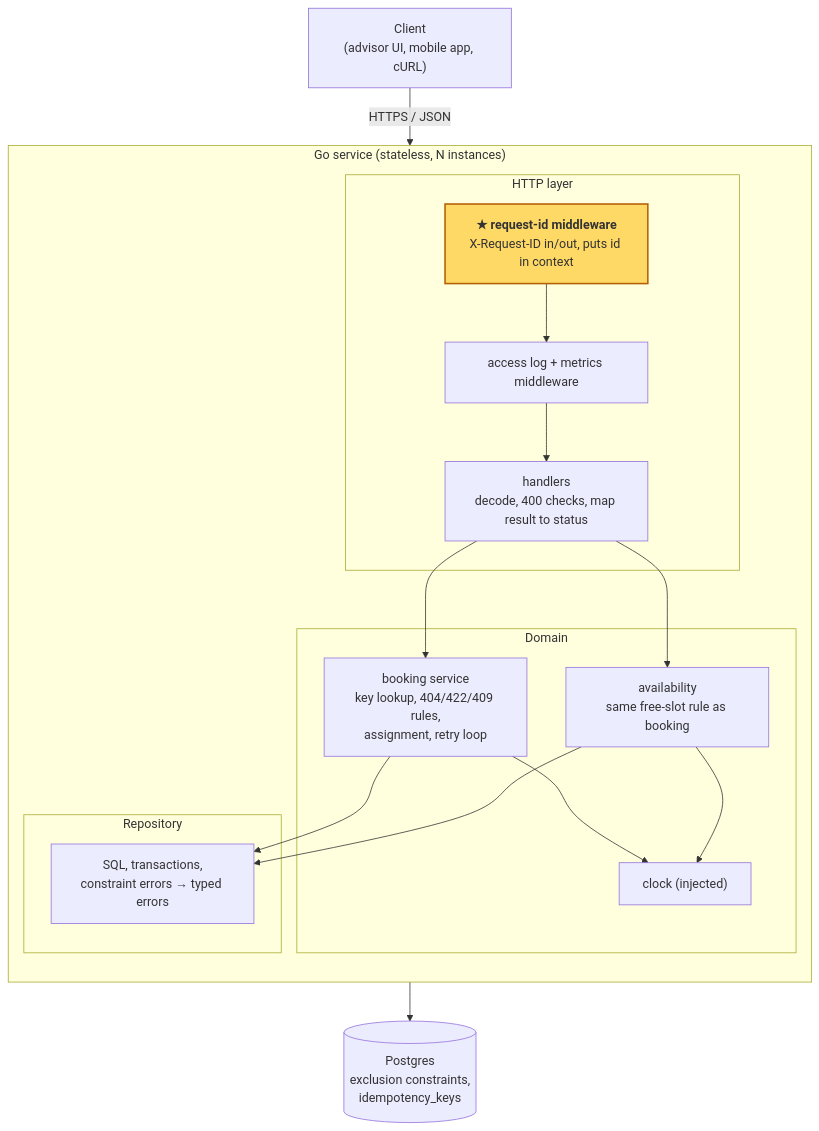
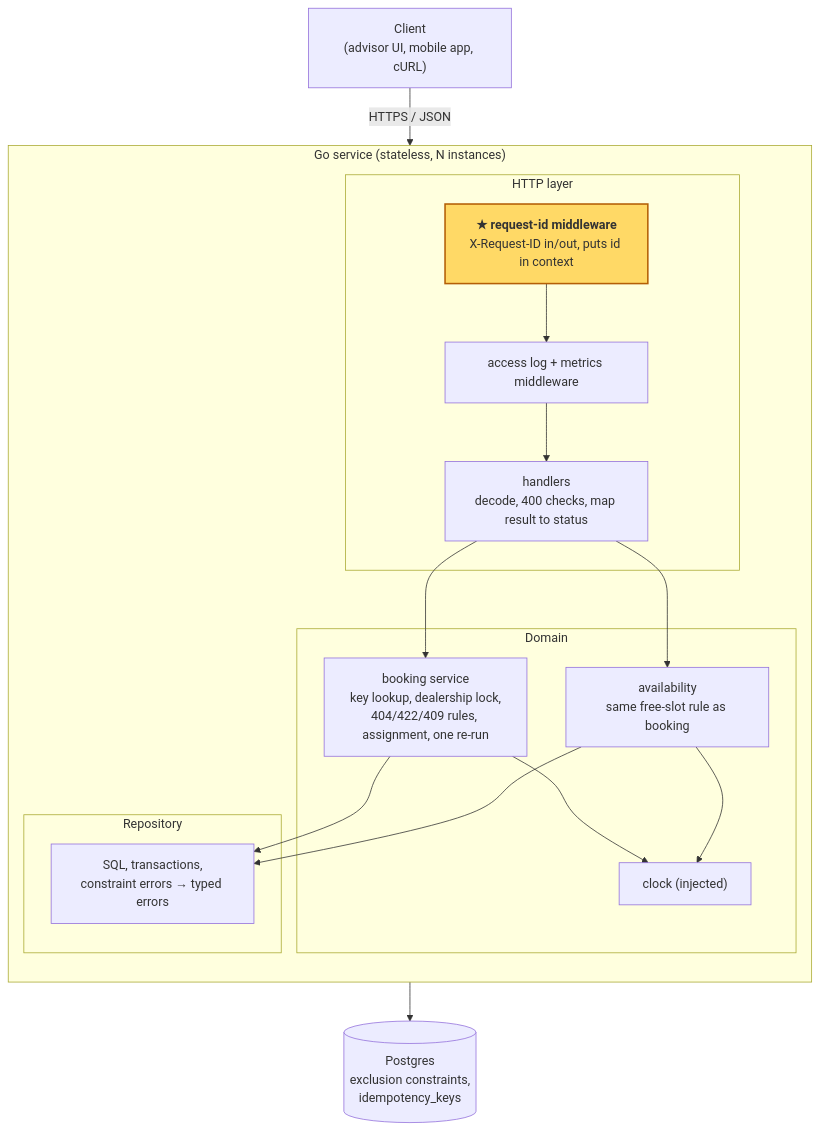
The diagram in docs/design.md (vumanhcuongit/service-bay-scheduler), drawn with Mermaid before and after one commit. The commit also changed other lines of this file, not shown here.

Commit message:
docs: design, dealership lock as the liveness guard, one re-run, availability batching built

````diff
--- a/docs/design.md
+++ b/docs/design.md
@@ -32,36 +30,36 @@
 ```mermaid
 flowchart TB
     client["Client<br/>(advisor UI, mobile app, cURL)"]
 
     subgraph svc["Go service (stateless, N instances)"]
         direction TB
         subgraph http["HTTP layer"]
             rid["<b>★ request-id middleware</b><br/>X-Request-ID in/out, puts id in context"]
             acc["access log + metrics middleware"]
             h["handlers<br/>decode, 400 checks, map result to status"]
             rid --> acc --> h
         end
         subgraph domain["Domain"]
-            book["booking service<br/>key lookup, 404/422/409 rules,<br/>assignment, retry loop"]
+            book["booking service<br/>key lookup, dealership lock,<br/>404/422/409 rules, assignment, one re-run"]
             avail["availability<br/>same free-slot rule as booking"]
             clock["clock (injected)"]
         end
         subgraph repository["Repository"]
             repo["SQL, transactions,<br/>constraint errors → typed errors"]
         end
         h --> book
         h --> avail
         book --> clock
         avail --> clock
         book --> repo
         avail --> repo
     end
 
     pg[("Postgres<br/>exclusion constraints,<br/>idempotency_keys")]
 
     client -->|HTTPS / JSON| rid
     repo --> pg
 
     classDef marked fill:#ffd966,stroke:#b45f06,stroke-width:2px
     class rid marked
 ```
````
